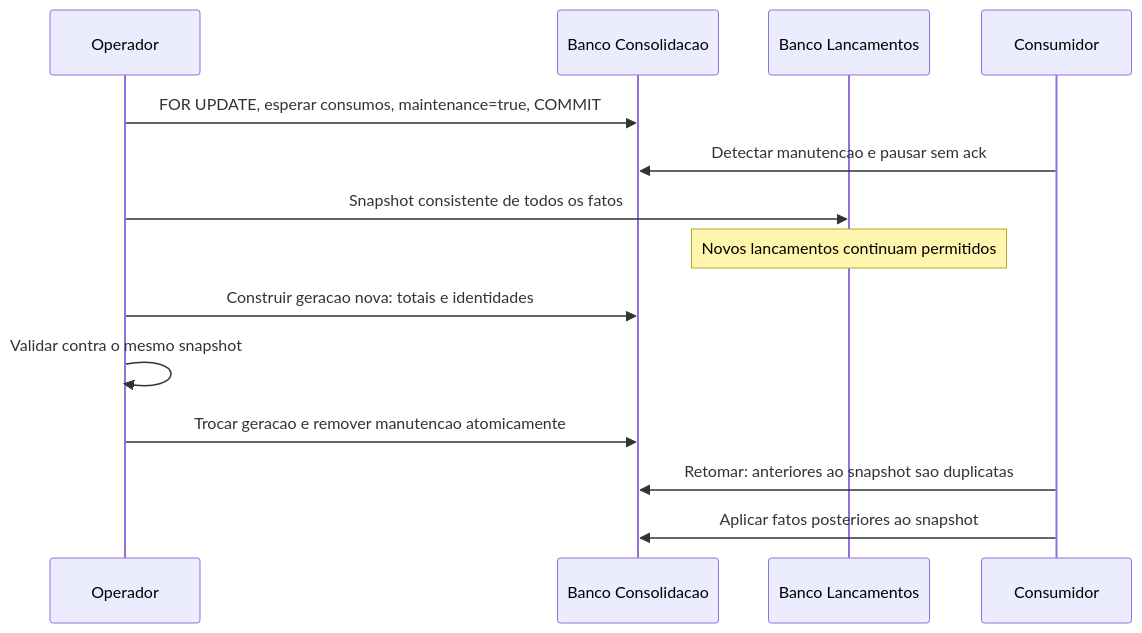
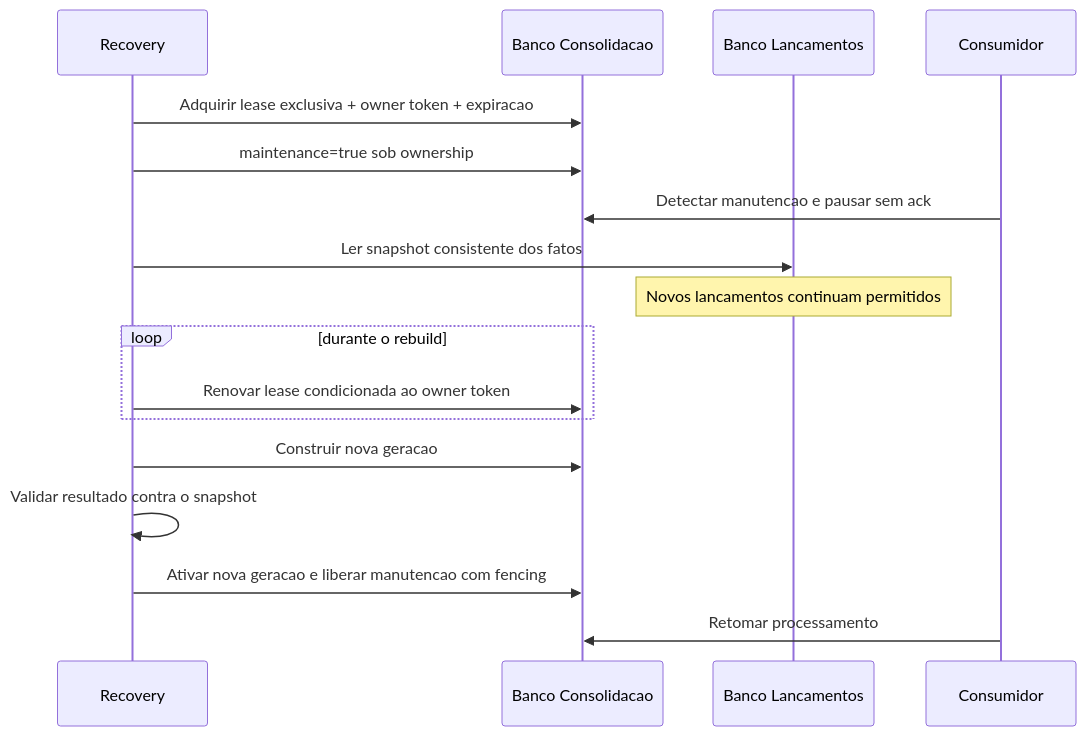
The fourth of 4 diagrams in docs/04-visoes/visoes-dinamicas.md (ThiagoFerraciolli/cash-flow-architecture), drawn with Mermaid before and after one commit. The commit also changed other lines of this file, not shown here.

Commit message:
docs: align recovery dynamic view with lease and fencing

````diff
--- a/docs/04-visoes/visoes-dinamicas.md
+++ b/docs/04-visoes/visoes-dinamicas.md
@@ -73,16 +73,19 @@
 ```mermaid
 sequenceDiagram
-    participant O as Operador
+    participant O as Recovery
     participant C as Banco Consolidacao
     participant T as Banco Lancamentos
     participant W as Consumidor
-    O->>C: FOR UPDATE, esperar consumos, maintenance=true, COMMIT
+    O->>C: Adquirir lease exclusiva + owner token + expiracao
+    O->>C: maintenance=true sob ownership
     W->>C: Detectar manutencao e pausar sem ack
-    O->>T: Snapshot consistente de todos os fatos
+    O->>T: Ler snapshot consistente dos fatos
     Note over T: Novos lancamentos continuam permitidos
-    O->>C: Construir geracao nova: totais e identidades
-    O->>O: Validar contra o mesmo snapshot
-    O->>C: Trocar geracao e remover manutencao atomicamente
-    W->>C: Retomar: anteriores ao snapshot sao duplicatas
-    W->>C: Aplicar fatos posteriores ao snapshot
+    loop durante o rebuild
+        O->>C: Renovar lease condicionada ao owner token
+    end
+    O->>C: Construir nova geracao
+    O->>O: Validar resultado contra o snapshot
+    O->>C: Ativar nova geracao e liberar manutencao com fencing
+    W->>C: Retomar processamento
 ```
````
